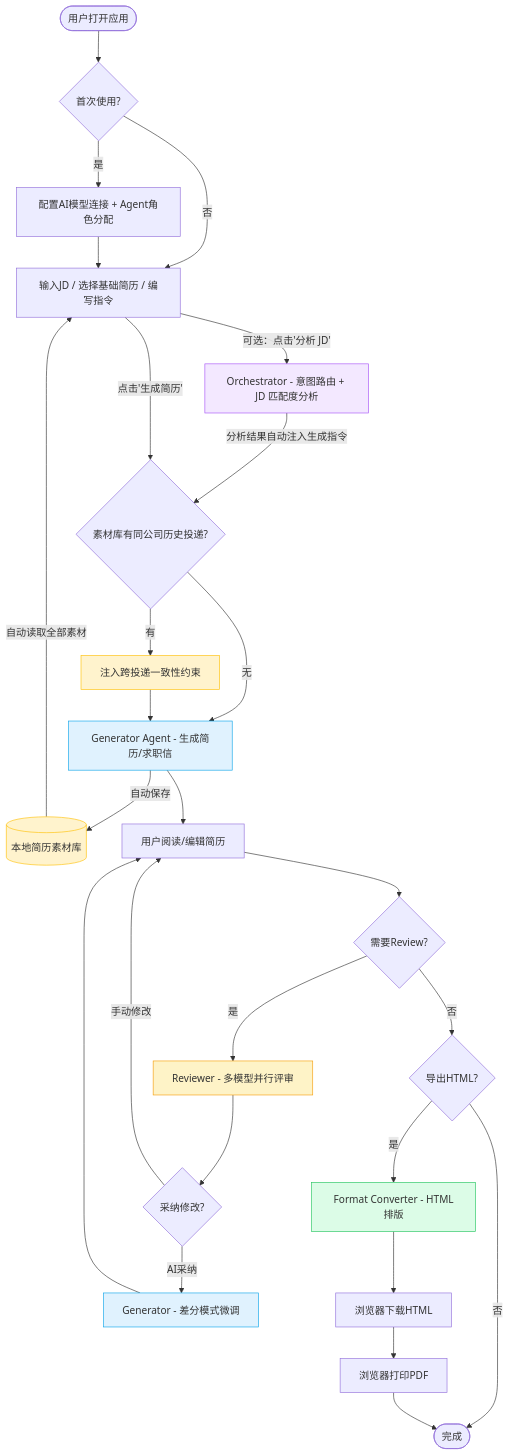
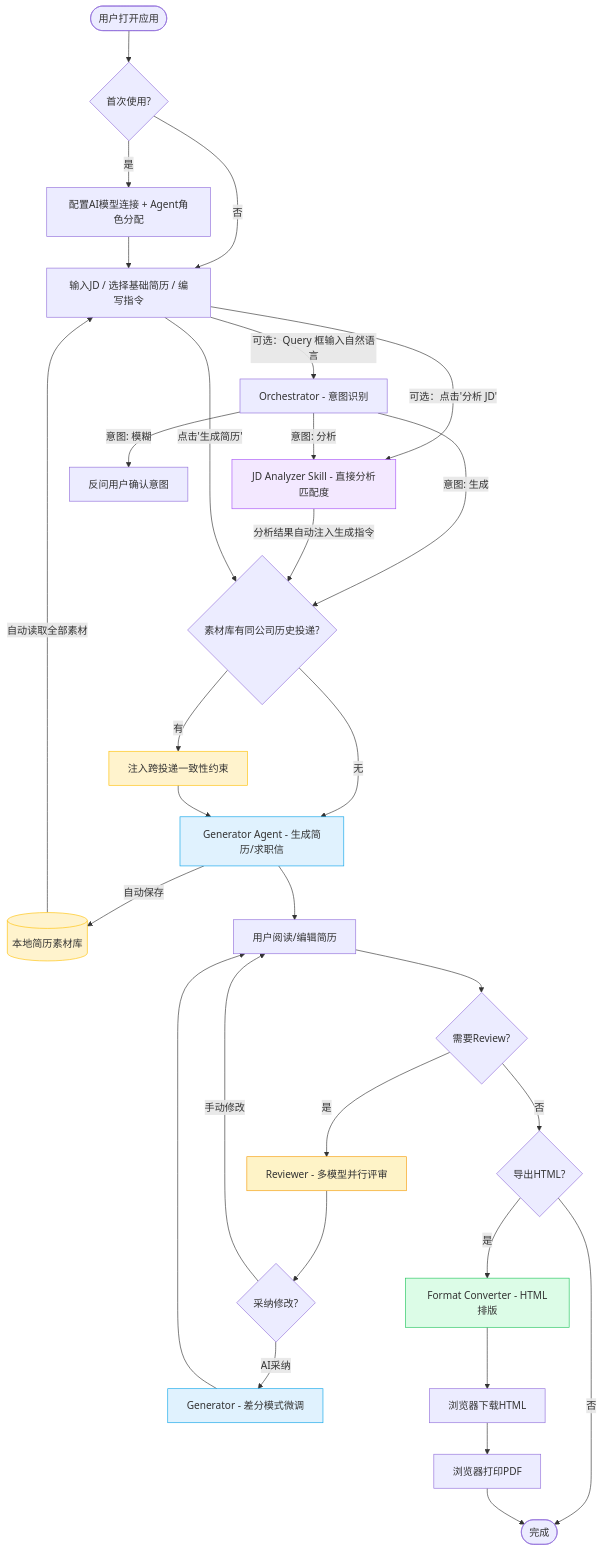
Before and after one commit to wukun2005-gif/resumeTailor: the third of 3 diagrams in README.md, drawn with Mermaid. The commit also changed other lines of this file and 4 other files, not shown here.

First line of the commit message:
feat: S2 Orchestrator query 输入框 — 自然语言意图识别驱动 Skill 调用

````diff
--- a/README.md
+++ b/README.md
@@ -235,48 +262,52 @@
 ```mermaid
 flowchart TD
     START([用户打开应用]) --> CONFIG{首次使用?}
     CONFIG -->|是| SETTINGS["配置AI模型连接 + Agent角色分配"]
     CONFIG -->|否| INPUT
     SETTINGS --> INPUT
 
     LIB[(本地简历素材库)] -->|自动读取全部素材| INPUT
     INPUT["输入JD / 选择基础简历 / 编写指令"]
-    INPUT -->|可选：点击'分析 JD'| ANALYZE["Orchestrator - 意图路由 + JD 匹配度分析"]
+    INPUT -->|可选：点击'分析 JD'| ANALYZE["JD Analyzer Skill - 直接分析匹配度"]
+    INPUT -->|可选：Query 框输入自然语言| ROUTE["Orchestrator - 意图识别"]
+    ROUTE -->|意图: 分析| ANALYZE
+    ROUTE -->|意图: 生成| CONSIST
+    ROUTE -->|意图: 模糊| CLARIFY["反问用户确认意图"]
     ANALYZE -->|分析结果自动注入生成指令| CONSIST
     INPUT -->|点击'生成简历'| CONSIST
 
     CONSIST{"素材库有同公司历史投递?"}
     CONSIST -->|有| WARN["注入跨投递一致性约束"]
     CONSIST -->|无| GEN
     WARN --> GEN
 
     GEN["Generator Agent - 生成简历/求职信"]
     GEN -->|自动保存| LIB
     GEN --> EDIT["用户阅读/编辑简历"]
     EDIT --> REVIEW_Q{需要Review?}
 
     REVIEW_Q -->|是| REVIEW["Reviewer - 多模型并行评审"]
     REVIEW_Q -->|否| HTML_Q
 
     REVIEW --> APPLY_Q{"采纳修改?"}
     APPLY_Q -->|AI采纳| APPLY["Generator - 差分模式微调"]
     APPLY_Q -->|手动修改| EDIT
 
     APPLY --> EDIT
 
     HTML_Q{导出HTML?}
     HTML_Q -->|是| HTML["Format Converter - HTML排版"]
     HTML_Q -->|否| DONE
 
     HTML --> DOWNLOAD["浏览器下载HTML"]
     DOWNLOAD --> PDF["浏览器打印PDF"]
     PDF --> DONE([完成])
 
     style LIB fill:#fff3cd,stroke:#ffc107
     style WARN fill:#fff3cd,stroke:#ffc107
     style GEN fill:#e0f2fe,stroke:#0ea5e9
     style ANALYZE fill:#f3e8ff,stroke:#a855f7
     style REVIEW fill:#fef3c7,stroke:#f59e0b
     style APPLY fill:#e0f2fe,stroke:#0ea5e9
     style HTML fill:#dcfce7,stroke:#22c55e
 ```
````
